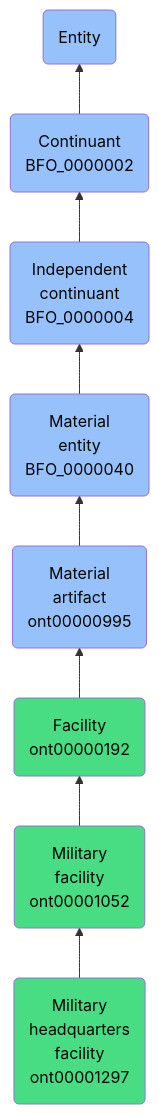
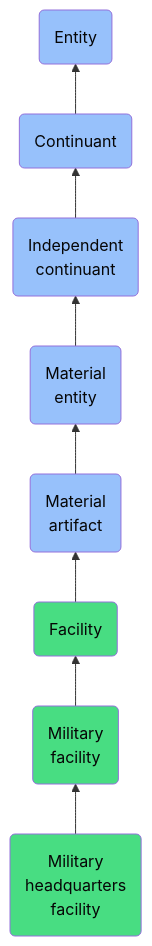
One commit to jupyter-naas/abi changed the diagram in docs/ontology/reference/model/Entity/Continuant/Independent continuant/Material entity/Material artifact/Facility/Military facility/Military headquarters facility/Military headquarters facility.md. Above: the diagram before and after it, drawn with Mermaid. The commit also changed other lines of this file and 1430 other files, not shown here.

````diff
--- a/docs/ontology/reference/model/Entity/Continuant/Independent continuant/Material entity/Material artifact/Facility/Military facility/Military headquarters facility/Military headquarters facility.md
+++ b/docs/ontology/reference/model/Entity/Continuant/Independent continuant/Material entity/Material artifact/Facility/Military facility/Military headquarters facility/Military headquarters facility.md
@@ -24,15 +24,15 @@
 ```mermaid
 graph BT
-    ont00001297(Military<br>headquarters<br>facility<br>ont00001297):::ABI-->ont00001052
-    ont00001052(Military<br>facility<br>ont00001052):::ABI-->ont00000192
-    ont00000192(Facility<br>ont00000192):::ABI-->ont00000995
-    ont00000995(Material<br>artifact<br>ont00000995):::BFO-->BFO_0000040
-    BFO_0000040(Material<br>entity<br>BFO_0000040):::BFO-->BFO_0000004
-    BFO_0000004(Independent<br>continuant<br>BFO_0000004):::BFO-->BFO_0000002
-    BFO_0000002(Continuant<br>BFO_0000002):::BFO-->BFO_0000001
+    ont00001297(Military<br>headquarters<br>facility):::ABI-->ont00001052
+    ont00001052(Military<br>facility):::ABI-->ont00000192
+    ont00000192(Facility):::ABI-->ont00000995
+    ont00000995(Material<br>artifact):::BFO-->BFO_0000040
+    BFO_0000040(Material<br>entity):::BFO-->BFO_0000004
+    BFO_0000004(Independent<br>continuant):::BFO-->BFO_0000002
+    BFO_0000002(Continuant):::BFO-->BFO_0000001
     BFO_0000001(Entity):::BFO
     
     classDef BFO fill:#97c1fb,color:#060606
     classDef CCO fill:#e4c51e,color:#060606
     classDef ABI fill:#48DD82,color:#060606
 ```
````
